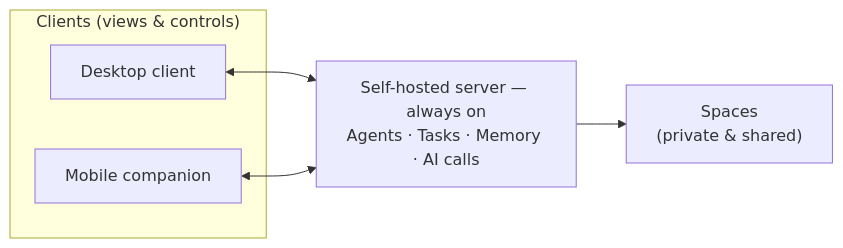
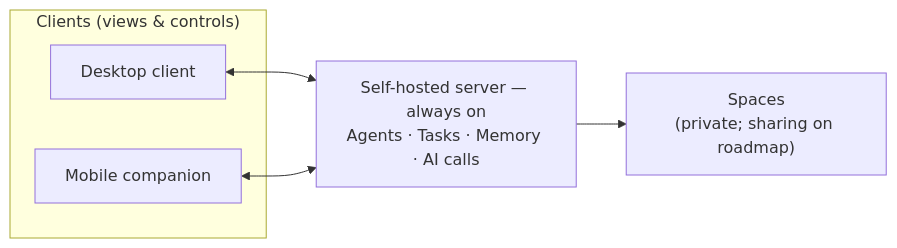
Before and after one commit to alex-oleshkevich/dailydrift: the first of 2 diagrams in specs/overview.md, drawn with Mermaid. The commit also changed other lines of this file and 44 other files, not shown here.

````diff
--- a/specs/overview.md
+++ b/specs/overview.md
@@ -66,11 +66,11 @@
 ```mermaid
 flowchart LR
     subgraph Clients["Clients (views & controls)"]
       D["Desktop client"]
       M["Mobile companion"]
     end
     D <--> S
     M <--> S
     S["Self-hosted server — always on<br/>Agents · Tasks · Memory · AI calls"]
-    S --> SP["Spaces<br/>(private & shared)"]
+    S --> SP["Spaces<br/>(private; sharing on roadmap)"]
 ```
````
